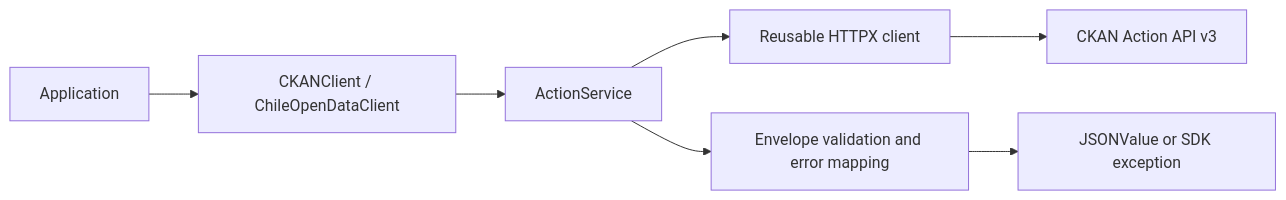
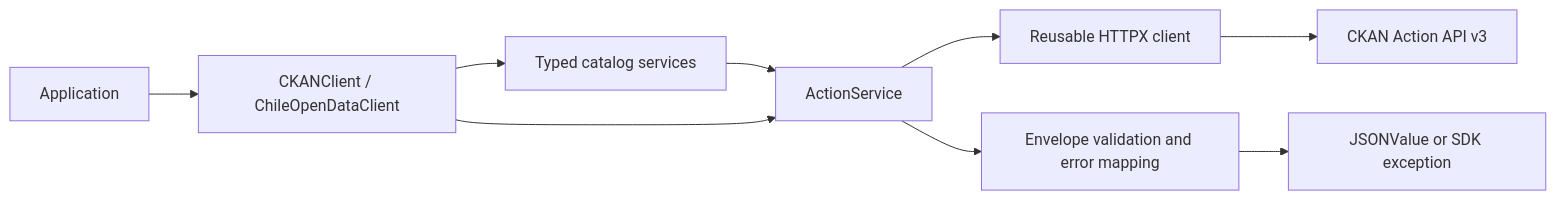
Before and after one commit to ezer-mackenzie/chile-open-data-sdk: the diagram in docs/architecture.md, drawn with Mermaid. The commit also changed other lines of this file and 37 other files, not shown here.

First line of the commit message:
feat(catalog): prepare v0.2.0 typed discovery and pagination

````diff
--- a/docs/architecture.md
+++ b/docs/architecture.md
@@ -15,9 +17,11 @@
 ```mermaid
 flowchart LR
     App[Application] --> Client[CKANClient / ChileOpenDataClient]
-    Client --> Actions[ActionService]
+    Client --> Catalog[Typed catalog services]
+    Catalog --> Actions[ActionService]
+    Client --> Actions
     Actions --> HTTP[Reusable HTTPX client]
     HTTP --> Server[CKAN Action API v3]
     Actions --> Parser[Envelope validation and error mapping]
     Parser --> Result[JSONValue or SDK exception]
 ```
````
